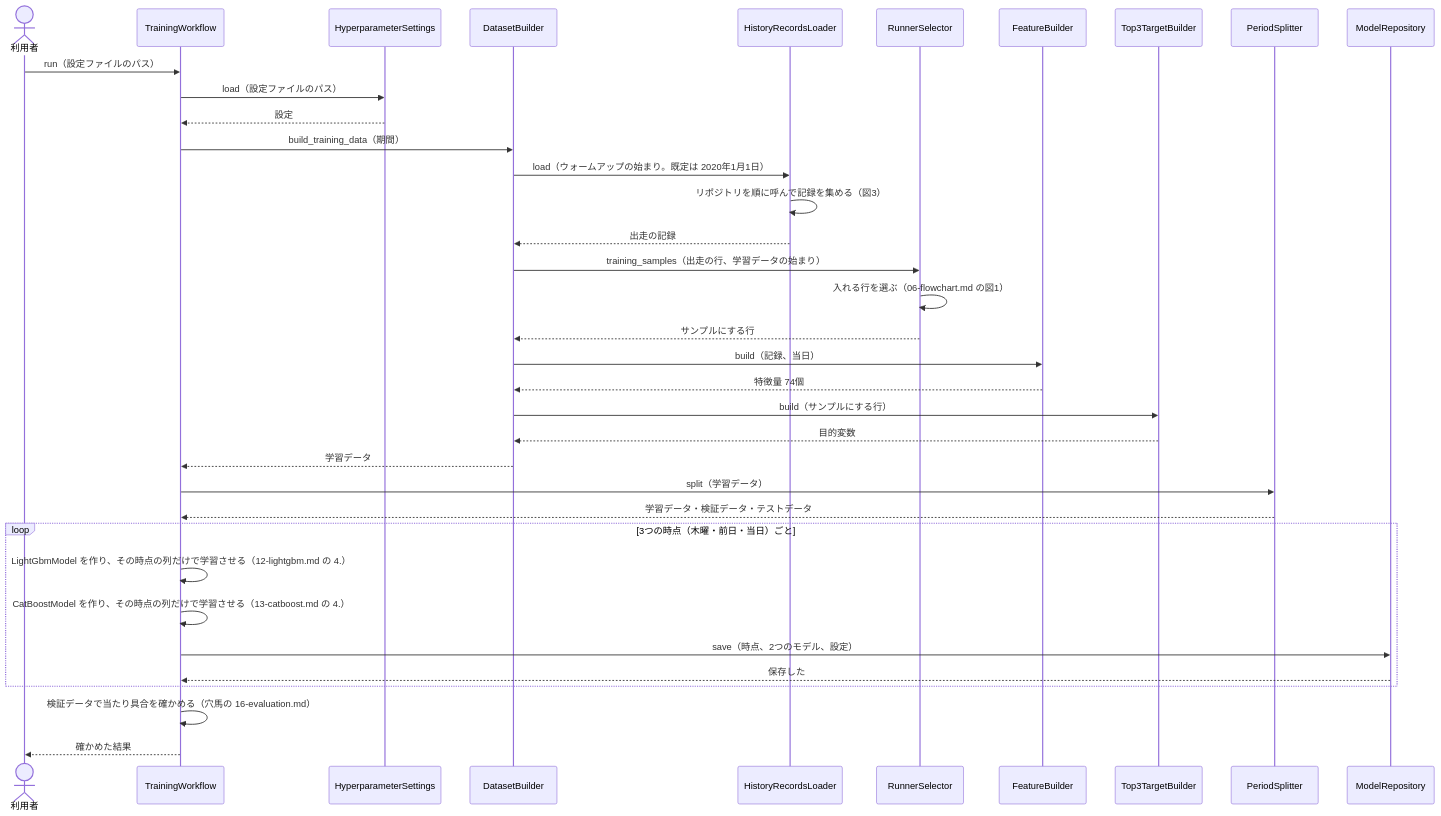
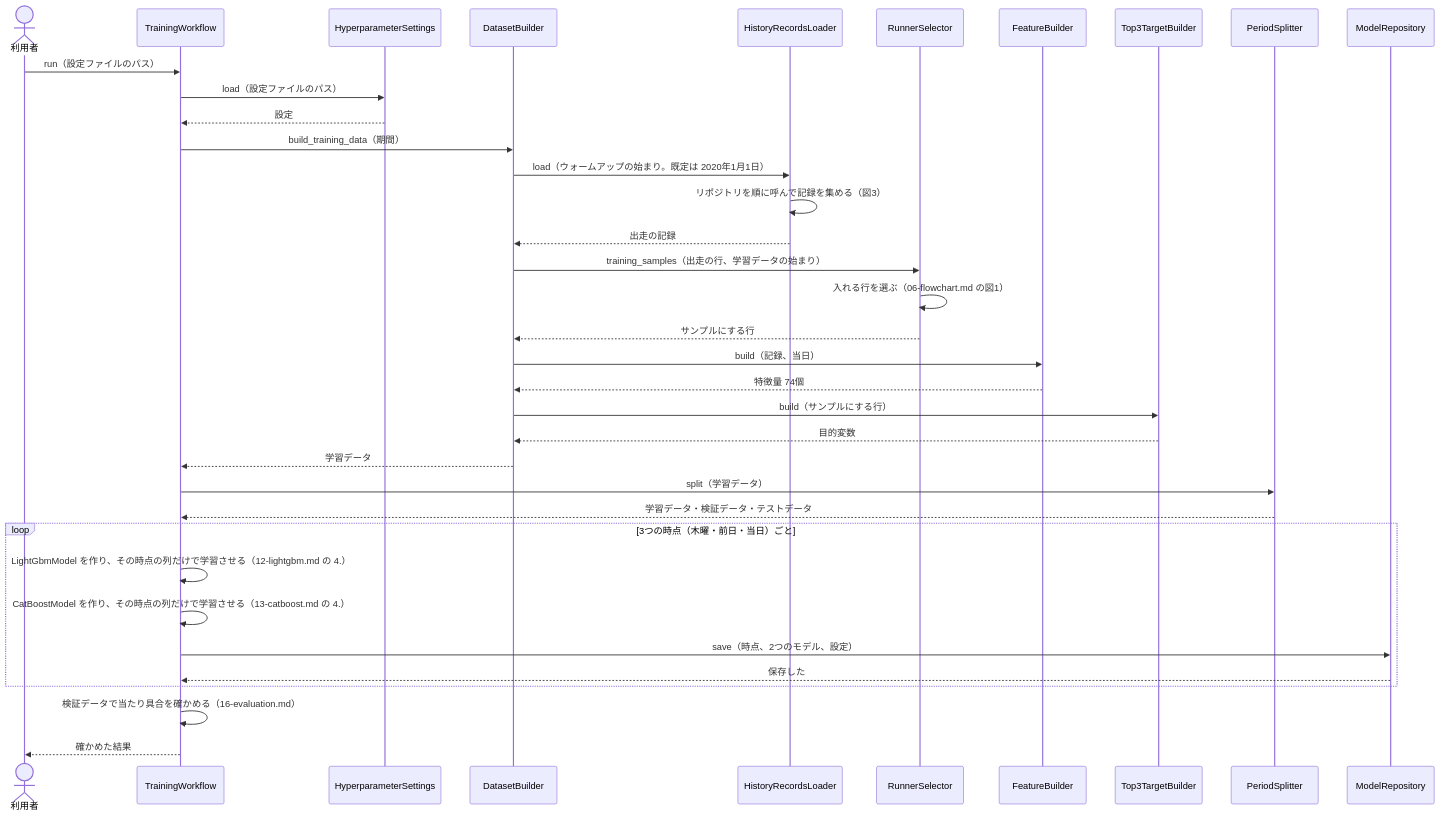
One commit to ht-0328/keiba-yosou changed the first of 4 diagrams in docs/design/近走と適性から3着以内を予想/05-sequence.md. Above: the diagram before and after it, drawn with Mermaid. The commit also changed other lines of this file and 30 other files, not shown here.

````diff
--- a/docs/design/近走と適性から3着以内を予想/05-sequence.md
+++ b/docs/design/近走と適性から3着以内を予想/05-sequence.md
@@ -40,38 +40,38 @@
 ```mermaid
 sequenceDiagram
     actor U as 利用者
     participant W as TrainingWorkflow
     participant H as HyperparameterSettings
     participant D as DatasetBuilder
     participant L as HistoryRecordsLoader
     participant RS as RunnerSelector
     participant F as FeatureBuilder
     participant T as Top3TargetBuilder
     participant S as PeriodSplitter
     participant MR as ModelRepository
     U->>W: run（設定ファイルのパス）
     W->>H: load（設定ファイルのパス）
     H-->>W: 設定
     W->>D: build_training_data（期間）
     D->>L: load（ウォームアップの始まり。既定は 2020年1月1日）
     L->>L: リポジトリを順に呼んで記録を集める（図3）
     L-->>D: 出走の記録
     D->>RS: training_samples（出走の行、学習データの始まり）
     RS->>RS: 入れる行を選ぶ（06-flowchart.md の図1）
     RS-->>D: サンプルにする行
     D->>F: build（記録、当日）
     F-->>D: 特徴量 74個
     D->>T: build（サンプルにする行）
     T-->>D: 目的変数
     D-->>W: 学習データ
     W->>S: split（学習データ）
     S-->>W: 学習データ・検証データ・テストデータ
     loop 3つの時点（木曜・前日・当日）ごと
         W->>W: LightGbmModel を作り、その時点の列だけで学習させる（12-lightgbm.md の 4.）
         W->>W: CatBoostModel を作り、その時点の列だけで学習させる（13-catboost.md の 4.）
         W->>MR: save（時点、2つのモデル、設定）
         MR-->>W: 保存した
     end
-    W->>W: 検証データで当たり具合を確かめる（穴馬の 16-evaluation.md）
+    W->>W: 検証データで当たり具合を確かめる（16-evaluation.md）
     W-->>U: 確かめた結果
 ```
````
